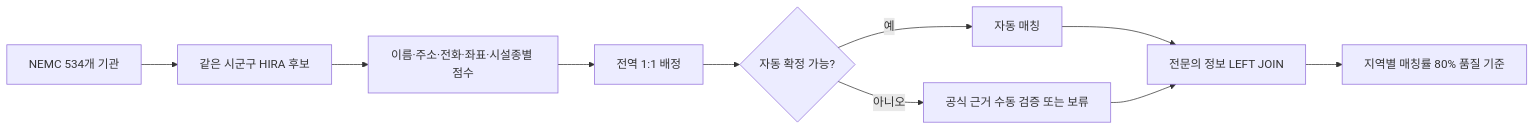
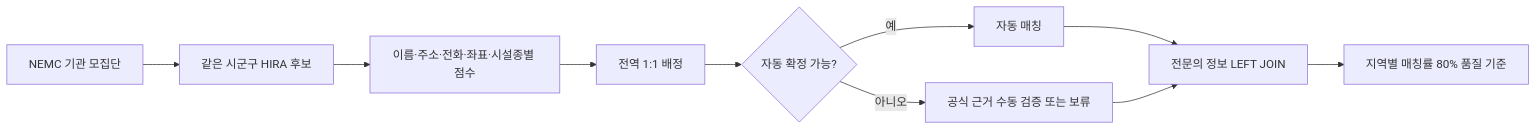
Before and after one commit to Westyoon/embulance_score: the second of 4 diagrams in ARCHITECTURE.md, drawn with Mermaid. The commit also changed other lines of this file and 9 other files, not shown here.

````diff
--- a/ARCHITECTURE.md
+++ b/ARCHITECTURE.md
@@ -103,11 +103,11 @@
 ```mermaid
 flowchart LR
-    N[NEMC 534개 기관] --> C[같은 시군구 HIRA 후보]
+    N[NEMC 기관 모집단] --> C[같은 시군구 HIRA 후보]
     C --> S[이름·주소·전화·좌표·시설종별 점수]
     S --> A[전역 1:1 배정]
     A --> Q{자동 확정 가능?}
     Q -->|예| AUTO[자동 매칭]
     Q -->|아니오| REVIEW[공식 근거 수동 검증 또는 보류]
     AUTO & REVIEW --> LEFT[전문의 정보 LEFT JOIN]
     LEFT --> REGION[지역별 매칭률 80% 품질 기준]
 ```
````
